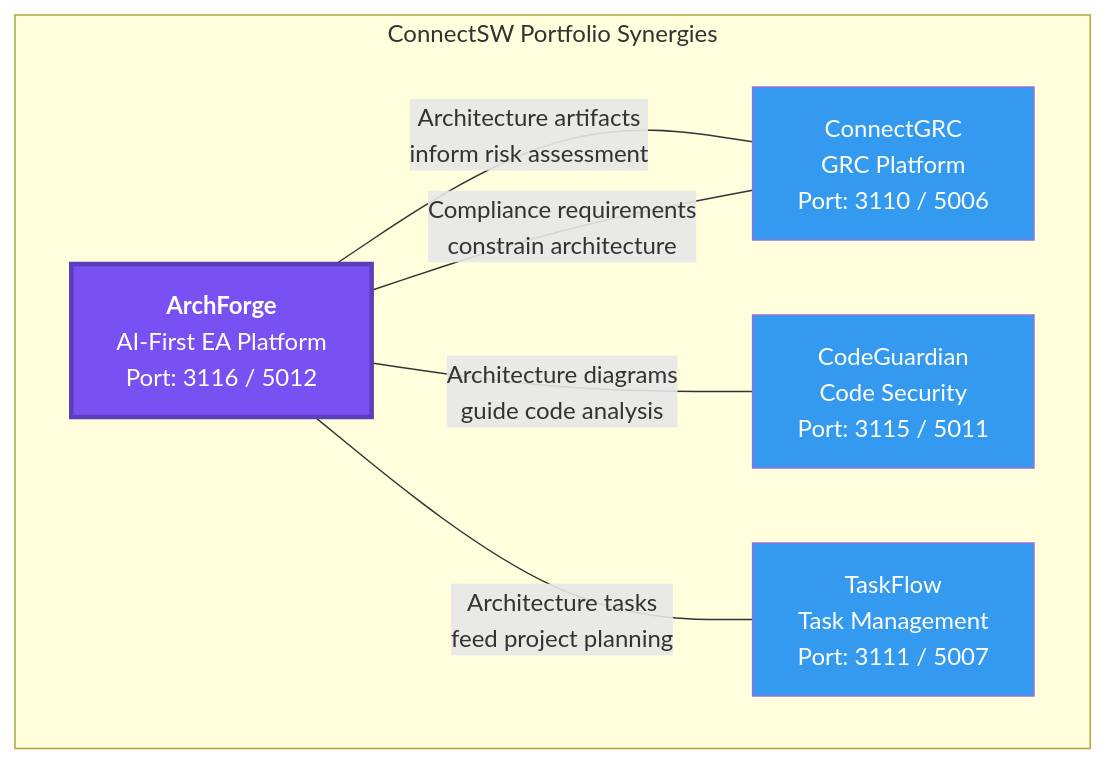
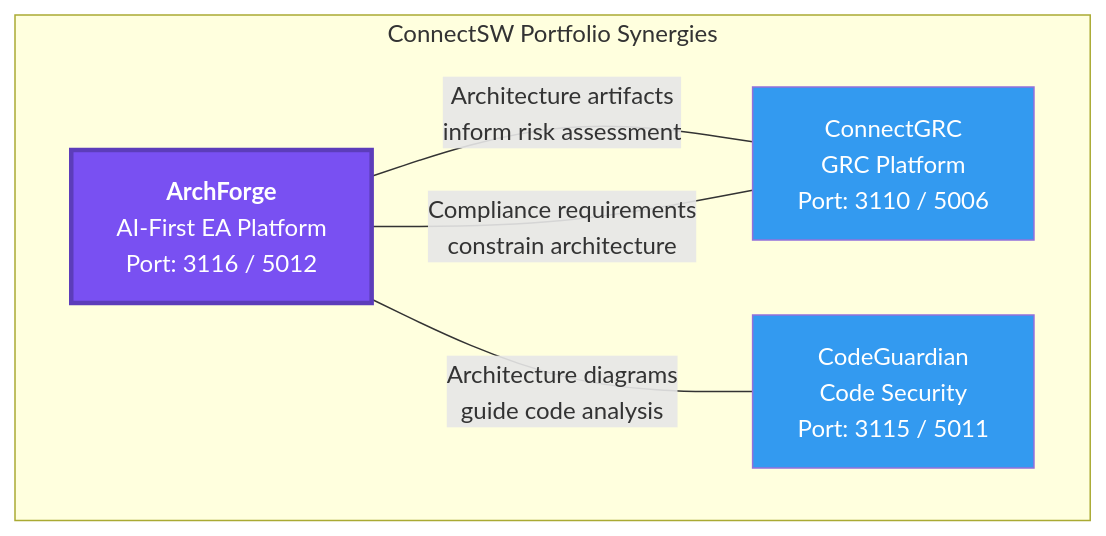
The second of 21 diagrams in products/archforge/docs/PRD.md (Tamoura/Claude-Code-creates-the-SW-company), drawn with Mermaid before and after one commit. The commit also changed 51 other files, not shown here.

First line of the commit message:
chore(taskflow): delete TaskFlow product

````diff
--- a/products/archforge/docs/PRD.md
+++ b/products/archforge/docs/PRD.md
@@ -91,19 +91,16 @@
 ```mermaid
 graph TD
     subgraph "ConnectSW Portfolio Synergies"
         AF["<b>ArchForge</b><br/>AI-First EA Platform<br/>Port: 3116 / 5012"]
         CG["ConnectGRC<br/>GRC Platform<br/>Port: 3110 / 5006"]
         CGD["CodeGuardian<br/>Code Security<br/>Port: 3115 / 5011"]
-        TF["TaskFlow<br/>Task Management<br/>Port: 3111 / 5007"]
     end
 
     AF ---|"Architecture artifacts<br/>inform risk assessment"| CG
     AF ---|"Architecture diagrams<br/>guide code analysis"| CGD
-    AF ---|"Architecture tasks<br/>feed project planning"| TF
     CG ---|"Compliance requirements<br/>constrain architecture"| AF
 
     style AF fill:#7950f2,color:#fff,stroke:#5c3dba,stroke-width:3px
     style CG fill:#339af0,color:#fff
     style CGD fill:#339af0,color:#fff
-    style TF fill:#339af0,color:#fff
 ```
````
